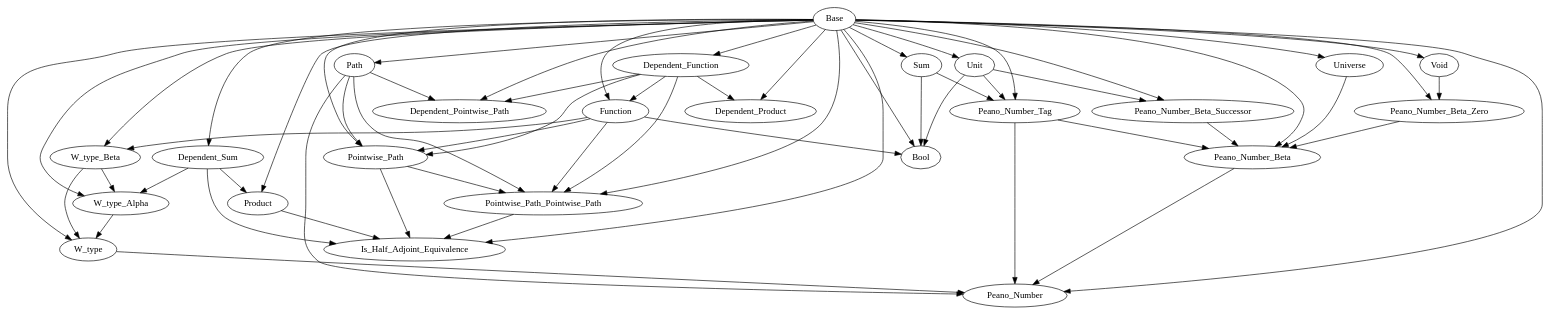
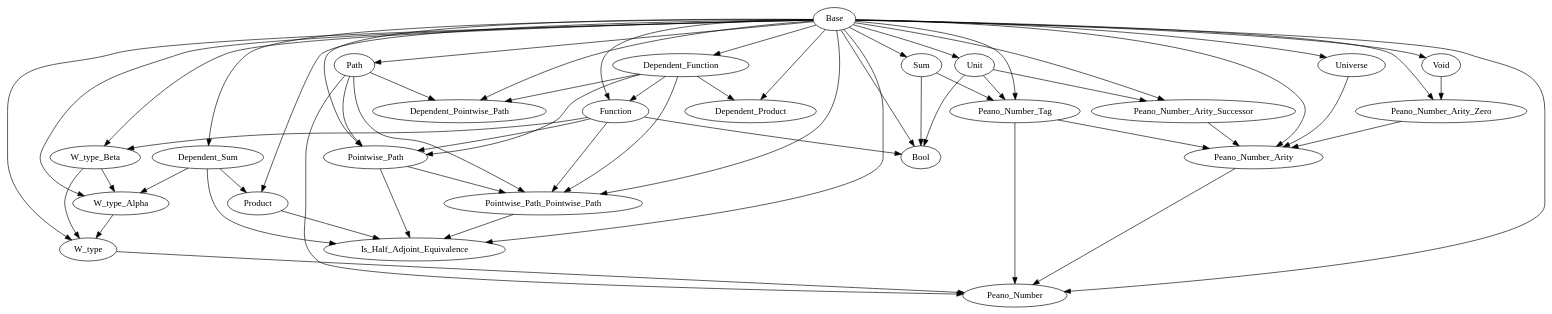
The diagram in libraries/dependencies.gv (Hexirp/googology-in-coq), drawn with Graphviz before and after one commit. The commit also changed 7 other files, not shown here.

First line of the commit message:
Update: Peano_Number_Beta を Peano_Number_Arity へリネームする

```diff
--- a/libraries/dependencies.gv
+++ b/libraries/dependencies.gv
@@ -1,85 +1,85 @@
 digraph Dependencies {
   # Base
   # Dependent_Function
   "Base" -> "Dependent_Function";
   # Function
   "Base" -> "Function";
   "Dependent_Function" -> "Function";
   # Dependent_Product
   "Base" -> "Dependent_Product";
   "Dependent_Function" -> "Dependent_Product";
   # Dependent_Sum
   "Base" -> "Dependent_Sum";
   # Product
   "Base" -> "Product";
   "Dependent_Sum" -> "Product";
   # Sum
   "Base" -> "Sum";
   # Unit
   "Base" -> "Unit";
   # Void
   "Base" -> "Void";
   # W_type_Beta
   "Base" -> "W_type_Beta";
   "Function" -> "W_type_Beta";
   # W_type_Alpha
   "Base" -> "W_type_Alpha";
   "Dependent_Sum" -> "W_type_Alpha";
   "W_type_Beta" -> "W_type_Alpha";
   # W_type
   "Base" -> "W_type";
   "W_type_Alpha" -> "W_type";
   "W_type_Beta" -> "W_type";
   # Universe
   "Base" -> "Universe";
   # Path
   "Base" -> "Path";
   # Dependent_Pointwise_Path
   "Base" -> "Dependent_Pointwise_Path";
   "Dependent_Function" -> "Dependent_Pointwise_Path";
   "Path" -> "Dependent_Pointwise_Path";
   # Pointwise_Path
   "Base" -> "Pointwise_Path";
   "Dependent_Function" -> "Pointwise_Path";
   "Function" -> "Pointwise_Path";
   "Path" -> "Pointwise_Path";
   # Pointwise_Path_Pointwise_Path
   "Base" -> "Pointwise_Path_Pointwise_Path";
   "Dependent_Function" -> "Pointwise_Path_Pointwise_Path";
   "Function" -> "Pointwise_Path_Pointwise_Path";
   "Path" -> "Pointwise_Path_Pointwise_Path";
   "Pointwise_Path" -> "Pointwise_Path_Pointwise_Path";
   # Is_Half_Adjoint_Equivalence
   "Base" -> "Is_Half_Adjoint_Equivalence";
   "Dependent_Sum" -> "Is_Half_Adjoint_Equivalence";
   "Product" -> "Is_Half_Adjoint_Equivalence";
   "Pointwise_Path" -> "Is_Half_Adjoint_Equivalence";
   "Pointwise_Path_Pointwise_Path" -> "Is_Half_Adjoint_Equivalence";
   # Bool
   "Base" -> "Bool";
   "Function" -> "Bool";
   "Sum" -> "Bool";
   "Unit" -> "Bool";
   # Peano_Number_Tag
   "Base" -> "Peano_Number_Tag";
   "Sum" -> "Peano_Number_Tag";
   "Unit" -> "Peano_Number_Tag";
-  # Peano_Number_Beta_Zero
-  "Base" -> "Peano_Number_Beta_Zero";
-  "Void" -> "Peano_Number_Beta_Zero";
-  # Peano_Number_Beta_Successor
-  "Base" -> "Peano_Number_Beta_Successor";
-  "Unit" -> "Peano_Number_Beta_Successor";
-  # Peano_Number_Beta
-  "Base" -> "Peano_Number_Beta";
-  "Universe" -> "Peano_Number_Beta";
-  "Peano_Number_Tag" -> "Peano_Number_Beta";
-  "Peano_Number_Beta_Zero" -> "Peano_Number_Beta";
-  "Peano_Number_Beta_Successor" -> "Peano_Number_Beta";
+  # Peano_Number_Arity_Zero
+  "Base" -> "Peano_Number_Arity_Zero";
+  "Void" -> "Peano_Number_Arity_Zero";
+  # Peano_Number_Arity_Successor
+  "Base" -> "Peano_Number_Arity_Successor";
+  "Unit" -> "Peano_Number_Arity_Successor";
+  # Peano_Number_Arity
+  "Base" -> "Peano_Number_Arity";
+  "Universe" -> "Peano_Number_Arity";
+  "Peano_Number_Tag" -> "Peano_Number_Arity";
+  "Peano_Number_Arity_Zero" -> "Peano_Number_Arity";
+  "Peano_Number_Arity_Successor" -> "Peano_Number_Arity";
   # Peano_Number
   "Base" -> "Peano_Number";
   "W_type" -> "Peano_Number";
   "Path" -> "Peano_Number";
   "Peano_Number_Tag" -> "Peano_Number";
-  "Peano_Number_Beta" -> "Peano_Number";
+  "Peano_Number_Arity" -> "Peano_Number";
 }
```
